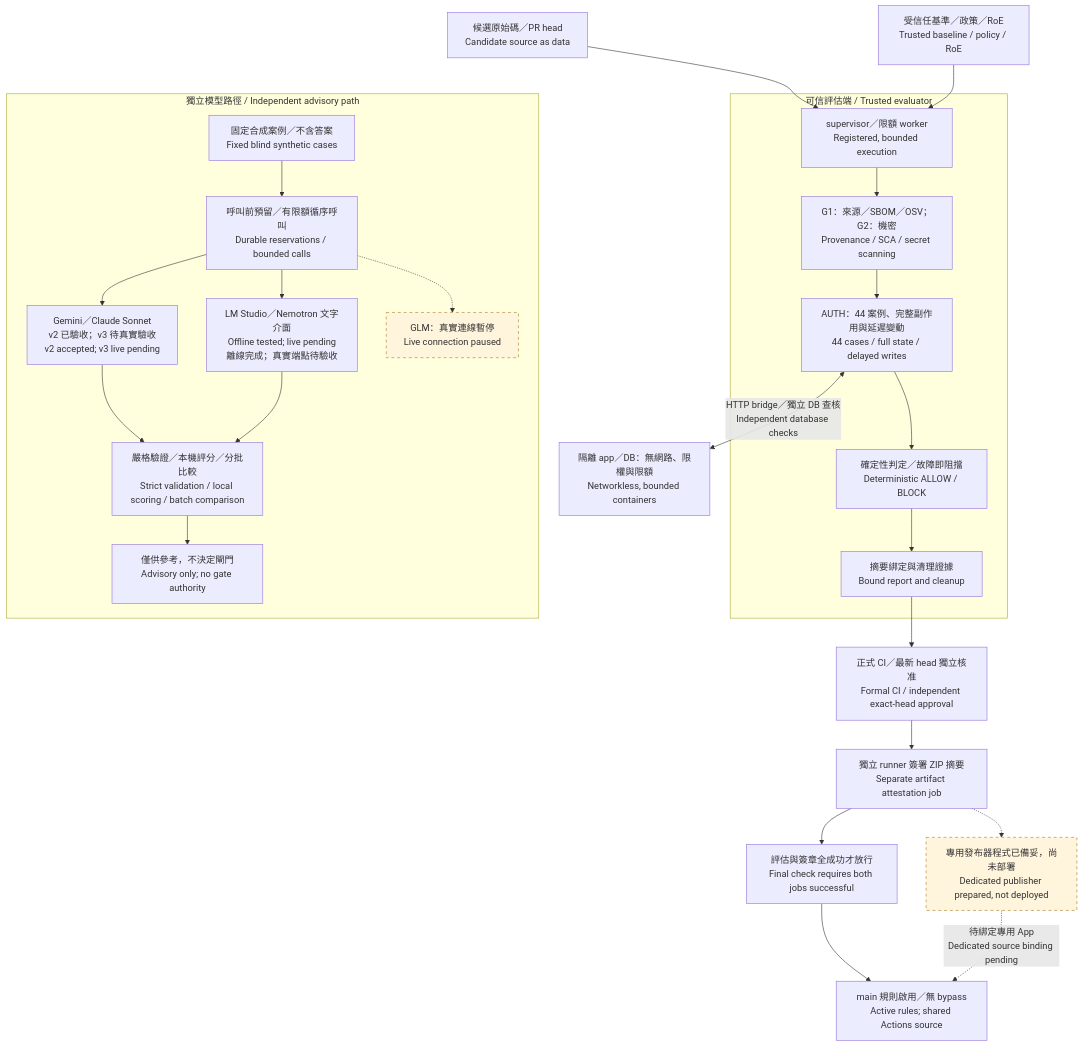
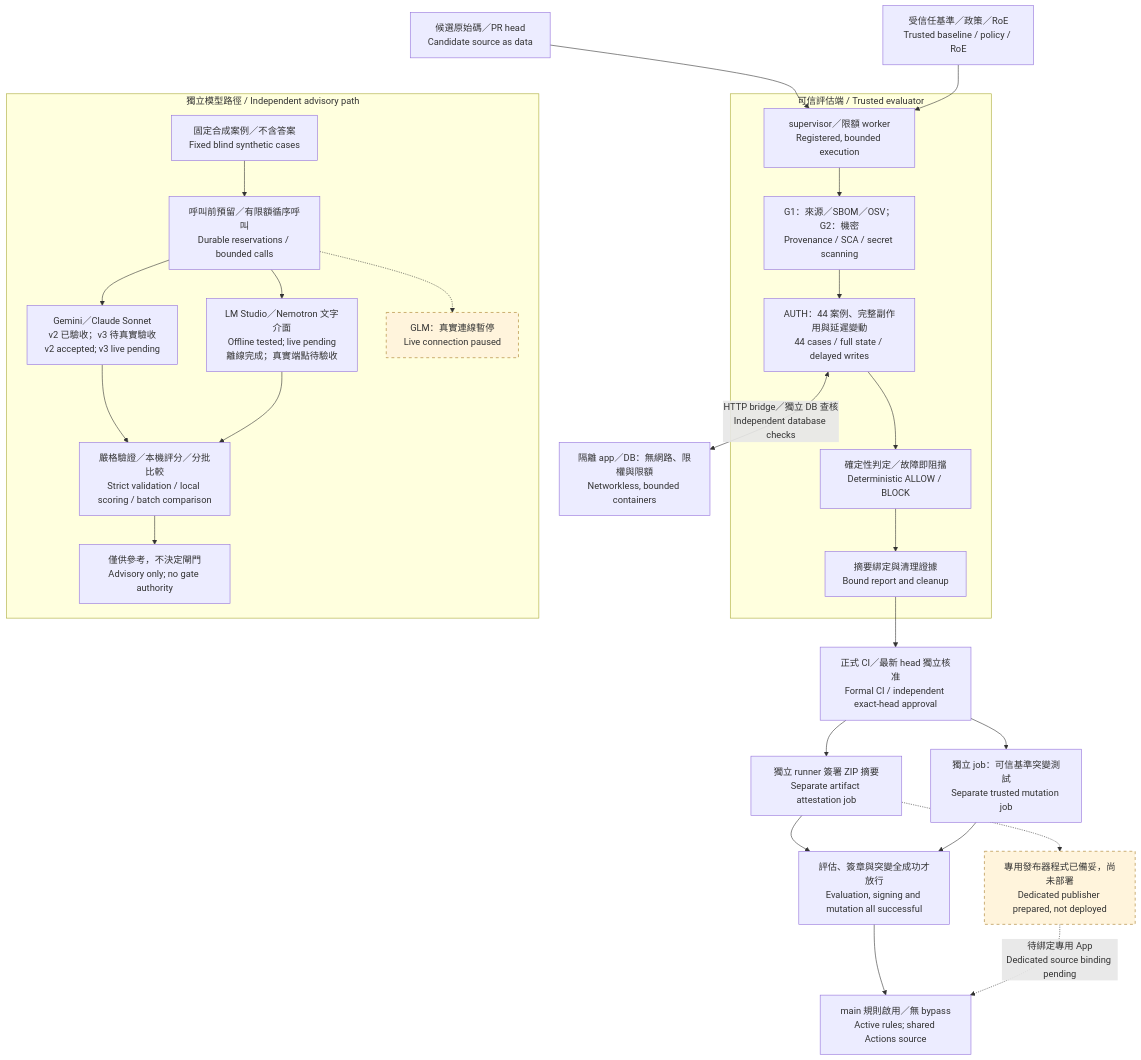
The diagram in docs/diagrams/architecture-overview.mmd (chinchiang/MultiAgentEpsilon), drawn with Mermaid before and after one commit. The commit also changed 21 other files, not shown here.

First line of the commit message:
docs: sync README, docs and diagrams with main 9508a7c

```diff
--- a/docs/diagrams/architecture-overview.mmd
+++ b/docs/diagrams/architecture-overview.mmd
@@ -1,28 +1,30 @@
 flowchart TB
     Source["候選原始碼／PR head<br/>Candidate source as data"] --> Run
     Trust["受信任基準／政策／RoE<br/>Trusted baseline / policy / RoE"] --> Run
     subgraph Evaluator["可信評估端 / Trusted evaluator"]
         Run["supervisor／限額 worker<br/>Registered, bounded execution"] --> Scan["G1：來源／SBOM／OSV；G2：機密<br/>Provenance / SCA / secret scanning"]
         Scan --> Oracle["AUTH：44 案例、完整副作用與延遲變動<br/>44 cases / full state / delayed writes"]
         Oracle --> Decision["確定性判定／故障即阻擋<br/>Deterministic ALLOW / BLOCK"]
         Decision --> Report["摘要綁定與清理證據<br/>Bound report and cleanup"]
     end
     Oracle <-->|"HTTP bridge／獨立 DB 查核<br/>Independent database checks"| Isolation["隔離 app／DB：無網路、限權與限額<br/>Networkless, bounded containers"]
     subgraph Models["獨立模型路徑 / Independent advisory path"]
         Cases["固定合成案例／不含答案<br/>Fixed blind synthetic cases"] --> Gateway["呼叫前預留／有限額循序呼叫<br/>Durable reservations / bounded calls"]
         Gateway --> Cloud["Gemini／Claude Sonnet<br/>v2 已驗收；v3 待真實驗收<br/>v2 accepted; v3 live pending"]
         Gateway --> Local["LM Studio／Nemotron 文字介面<br/>Offline tested; live pending<br/>離線完成；真實端點待驗收"]
         Gateway -.-> GLM["GLM：真實連線暫停<br/>Live connection paused"]
         Cloud --> Score["嚴格驗證／本機評分／分批比較<br/>Strict validation / local scoring / batch comparison"]
         Local --> Score
         Score --> Advisory["僅供參考，不決定閘門<br/>Advisory only; no gate authority"]
     end
     Source ~~~ Cases
     Report --> CI["正式 CI／最新 head 獨立核准<br/>Formal CI / independent exact-head approval"]
     CI --> Signed["獨立 runner 簽署 ZIP 摘要<br/>Separate artifact attestation job"]
-    Signed --> Final["評估與簽章全成功才放行<br/>Final check requires both jobs successful"]
+    CI --> Mutation["獨立 job：可信基準突變測試<br/>Separate trusted mutation job"]
+    Signed --> Final["評估、簽章與突變全成功才放行<br/>Evaluation, signing and mutation all successful"]
+    Mutation --> Final
     Final --> Rules["main 規則啟用／無 bypass<br/>Active rules; shared Actions source"]
     Signed -.-> Publisher["專用發布器程式已備妥，尚未部署<br/>Dedicated publisher prepared, not deployed"]
     Publisher -.->|"待綁定專用 App<br/>Dedicated source binding pending"| Rules
     classDef pending fill:#fff4dc,stroke:#a67822,stroke-dasharray:5 5;
     class GLM,Publisher pending;
```
